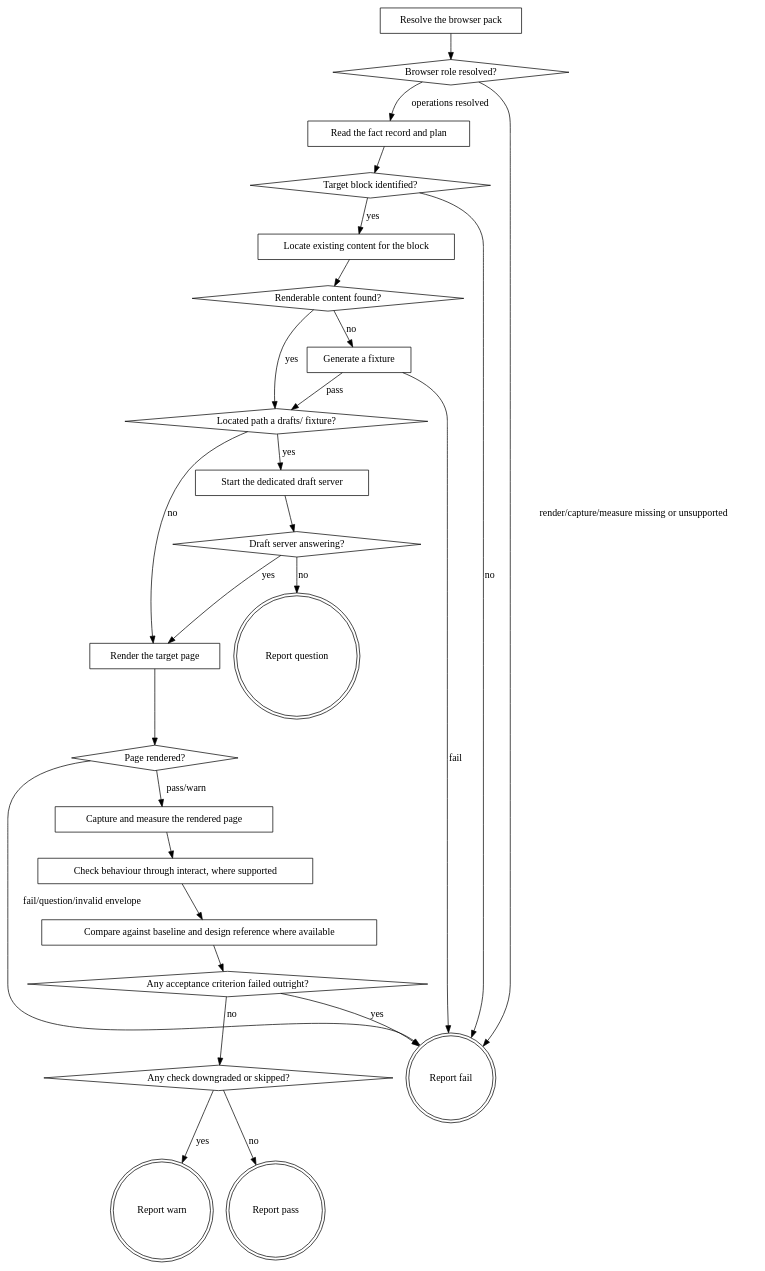
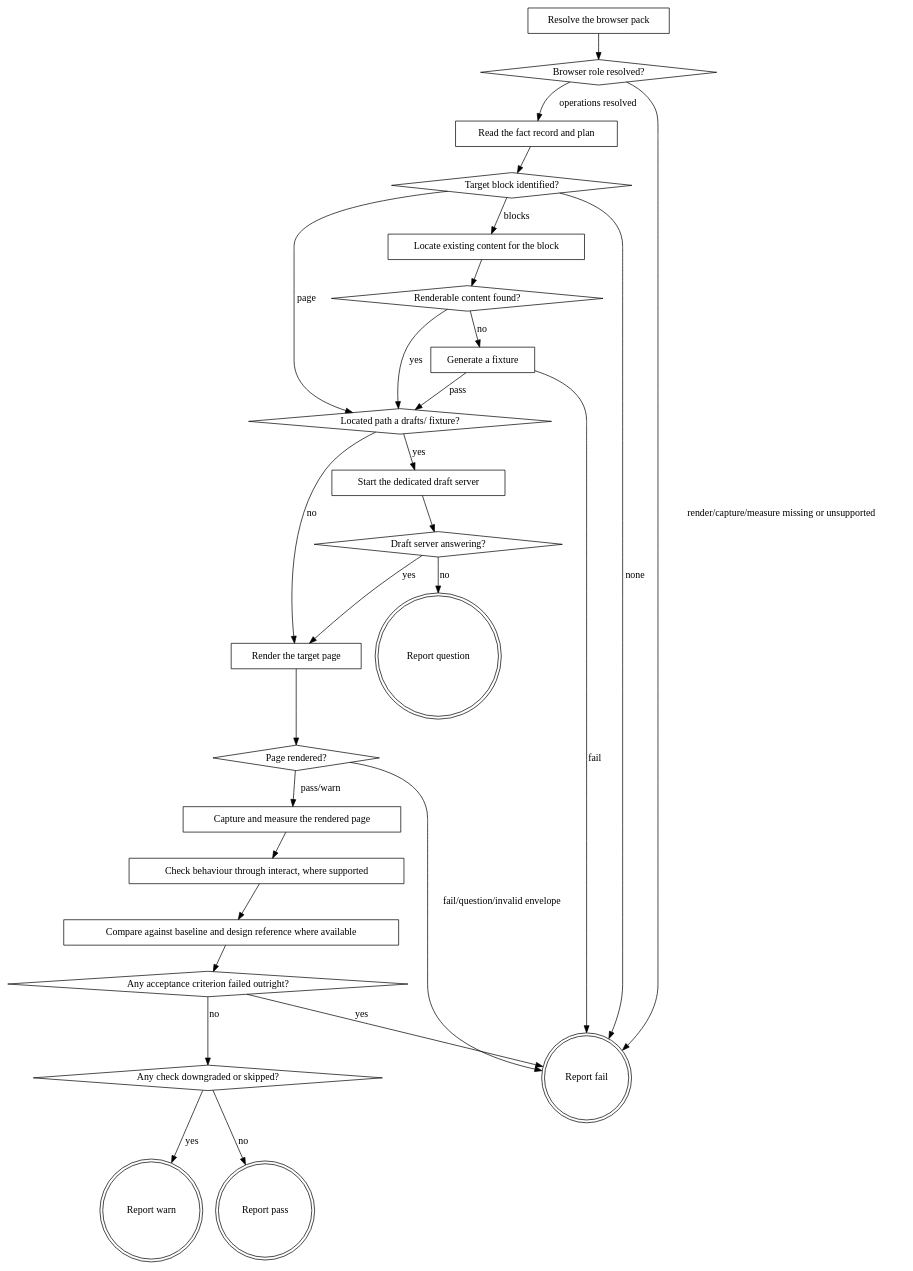
One commit to agenticDraft/aem-eds-ai-workflow-demo changed the diagram in plugins/eds/skills/eds-verify/SKILL.md. Above: the diagram before and after it, drawn with Graphviz. The commit also changed other lines of this file and 2 other files, not shown here.

First line of the commit message:
verify checks the page an item's reproduction steps name when no block is named, so a styles-only item is verified instead of failed (G131, D114, Phase 9 / Task 5)

````diff
--- a/plugins/eds/skills/eds-verify/SKILL.md
+++ b/plugins/eds/skills/eds-verify/SKILL.md
@@ -51,52 +52,53 @@
 ```dot
 digraph eds_verify {
     "Resolve the browser pack" [shape=box];
     "Browser role resolved?" [shape=diamond];
     "Read the fact record and plan" [shape=box];
     "Target block identified?" [shape=diamond];
     "Locate existing content for the block" [shape=box];
     "Renderable content found?" [shape=diamond];
     "Generate a fixture" [shape=box];
     "Located path a drafts/ fixture?" [shape=diamond];
     "Start the dedicated draft server" [shape=box];
     "Draft server answering?" [shape=diamond];
     "Render the target page" [shape=box];
     "Page rendered?" [shape=diamond];
     "Capture and measure the rendered page" [shape=box];
     "Check behaviour through interact, where supported" [shape=box];
     "Compare against baseline and design reference where available" [shape=box];
     "Any acceptance criterion failed outright?" [shape=diamond];
     "Any check downgraded or skipped?" [shape=diamond];
     "Report fail" [shape=doublecircle];
     "Report question" [shape=doublecircle];
     "Report warn" [shape=doublecircle];
     "Report pass" [shape=doublecircle];
 
     "Resolve the browser pack" -> "Browser role resolved?";
     "Browser role resolved?" -> "Read the fact record and plan" [label="operations resolved"];
     "Browser role resolved?" -> "Report fail" [label="render/capture/measure missing or unsupported"];
     "Read the fact record and plan" -> "Target block identified?";
-    "Target block identified?" -> "Locate existing content for the block" [label="yes"];
-    "Target block identified?" -> "Report fail" [label="no"];
+    "Target block identified?" -> "Locate existing content for the block" [label="blocks"];
+    "Target block identified?" -> "Located path a drafts/ fixture?" [label="page"];
+    "Target block identified?" -> "Report fail" [label="none"];
     "Locate existing content for the block" -> "Renderable content found?";
     "Renderable content found?" -> "Located path a drafts/ fixture?" [label="yes"];
     "Renderable content found?" -> "Generate a fixture" [label="no"];
     "Generate a fixture" -> "Located path a drafts/ fixture?" [label="pass"];
     "Generate a fixture" -> "Report fail" [label="fail"];
     "Located path a drafts/ fixture?" -> "Start the dedicated draft server" [label="yes"];
     "Located path a drafts/ fixture?" -> "Render the target page" [label="no"];
     "Start the dedicated draft server" -> "Draft server answering?";
     "Draft server answering?" -> "Render the target page" [label="yes"];
     "Draft server answering?" -> "Report question" [label="no"];
     "Render the target page" -> "Page rendered?";
     "Page rendered?" -> "Capture and measure the rendered page" [label="pass/warn"];
     "Page rendered?" -> "Report fail" [label="fail/question/invalid envelope"];
     "Capture and measure the rendered page" -> "Check behaviour through interact, where supported";
     "Check behaviour through interact, where supported" -> "Compare against baseline and design reference where available";
     "Compare against baseline and design reference where available" -> "Any acceptance criterion failed outright?";
     "Any acceptance criterion failed outright?" -> "Report fail" [label="yes"];
     "Any acceptance criterion failed outright?" -> "Any check downgraded or skipped?" [label="no"];
     "Any check downgraded or skipped?" -> "Report warn" [label="yes"];
     "Any check downgraded or skipped?" -> "Report pass" [label="no"];
 }
 ```
````
